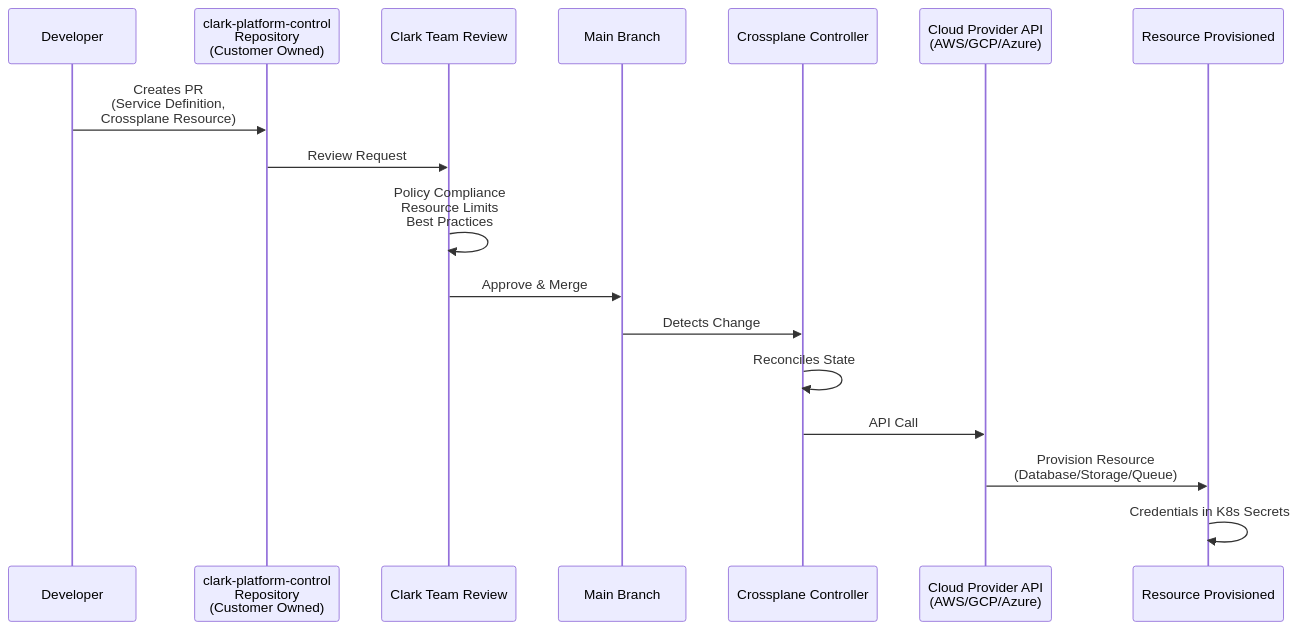
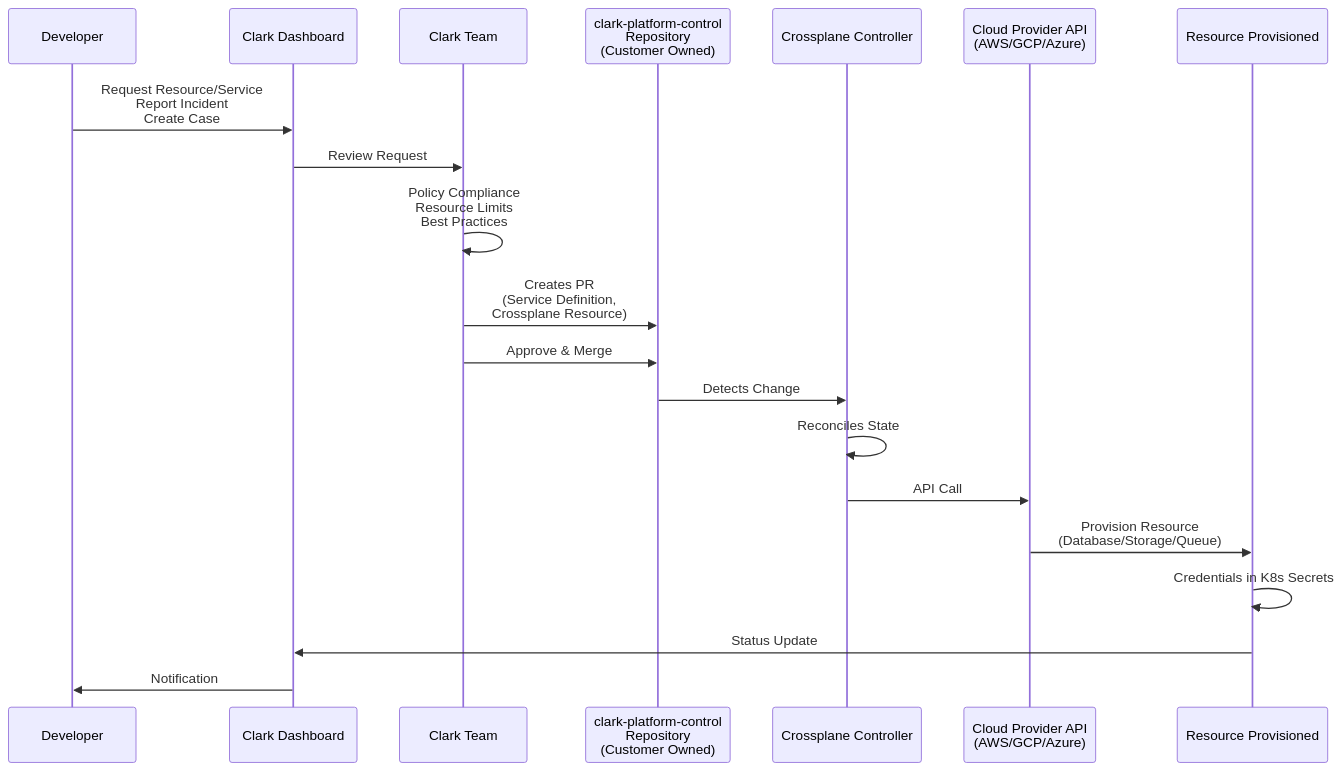
Before and after one commit to corpobit/clark-platform-operating-model: the second of 9 diagrams in ARCHITECTURE-DIAGRAMS.md, drawn with Mermaid. The commit also changed other lines of this file and 4 other files, not shown here.

First line of the commit message:
Update workflow to use Clark dashboard instead of direct PRs

````diff
--- a/ARCHITECTURE-DIAGRAMS.md
+++ b/ARCHITECTURE-DIAGRAMS.md
@@ -32,20 +32,23 @@
 ```mermaid
 sequenceDiagram
     participant Dev as Developer
+    participant Dashboard as Clark Dashboard
+    participant Clark as Clark Team
     participant Repo as clark-platform-control<br/>Repository<br/>(Customer Owned)
-    participant Clark as Clark Team Review
-    participant Main as Main Branch
     participant XP as Crossplane Controller
     participant Cloud as Cloud Provider API<br/>(AWS/GCP/Azure)
     participant Resource as Resource Provisioned
     
-    Dev->>Repo: Creates PR<br/>(Service Definition,<br/>Crossplane Resource)
-    Repo->>Clark: Review Request
+    Dev->>Dashboard: Request Resource/Service<br/>Report Incident<br/>Create Case
+    Dashboard->>Clark: Review Request
     Clark->>Clark: Policy Compliance<br/>Resource Limits<br/>Best Practices
-    Clark->>Main: Approve & Merge
-    Main->>XP: Detects Change
+    Clark->>Repo: Creates PR<br/>(Service Definition,<br/>Crossplane Resource)
+    Clark->>Repo: Approve & Merge
+    Repo->>XP: Detects Change
     XP->>XP: Reconciles State
     XP->>Cloud: API Call
     Cloud->>Resource: Provision Resource<br/>(Database/Storage/Queue)
     Resource->>Resource: Credentials in K8s Secrets
+    Resource->>Dashboard: Status Update
+    Dashboard->>Dev: Notification
 ```
````
